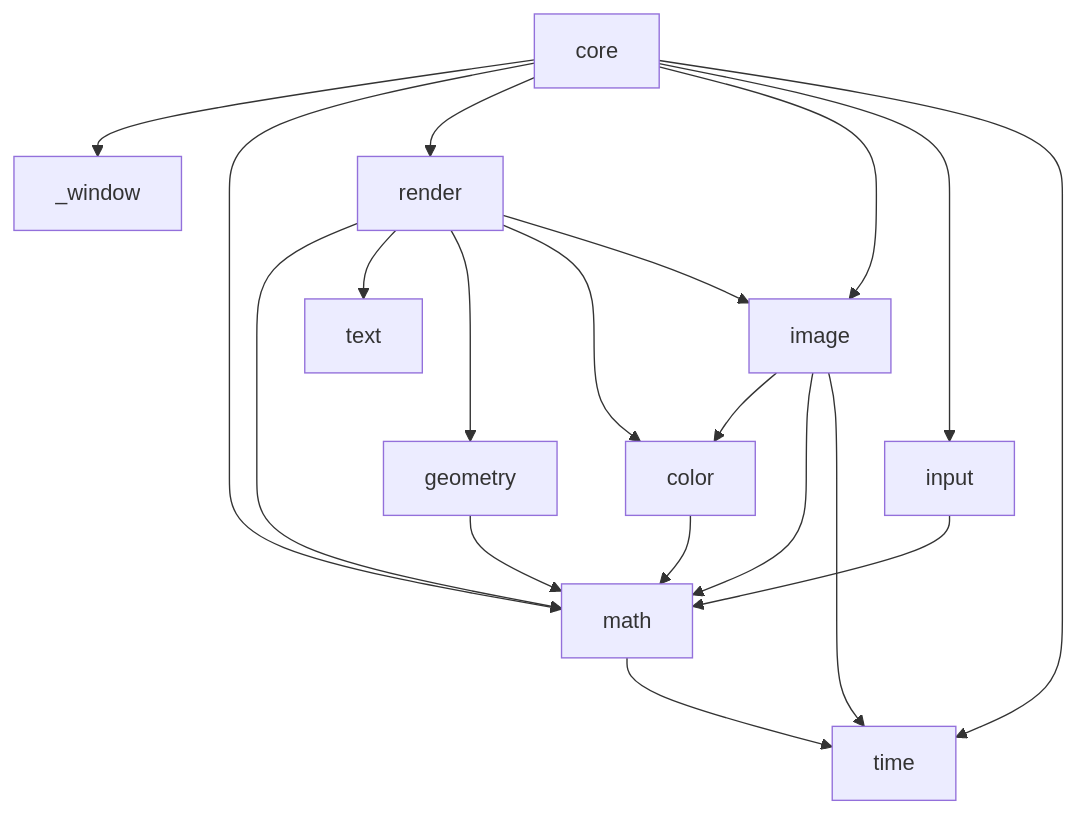
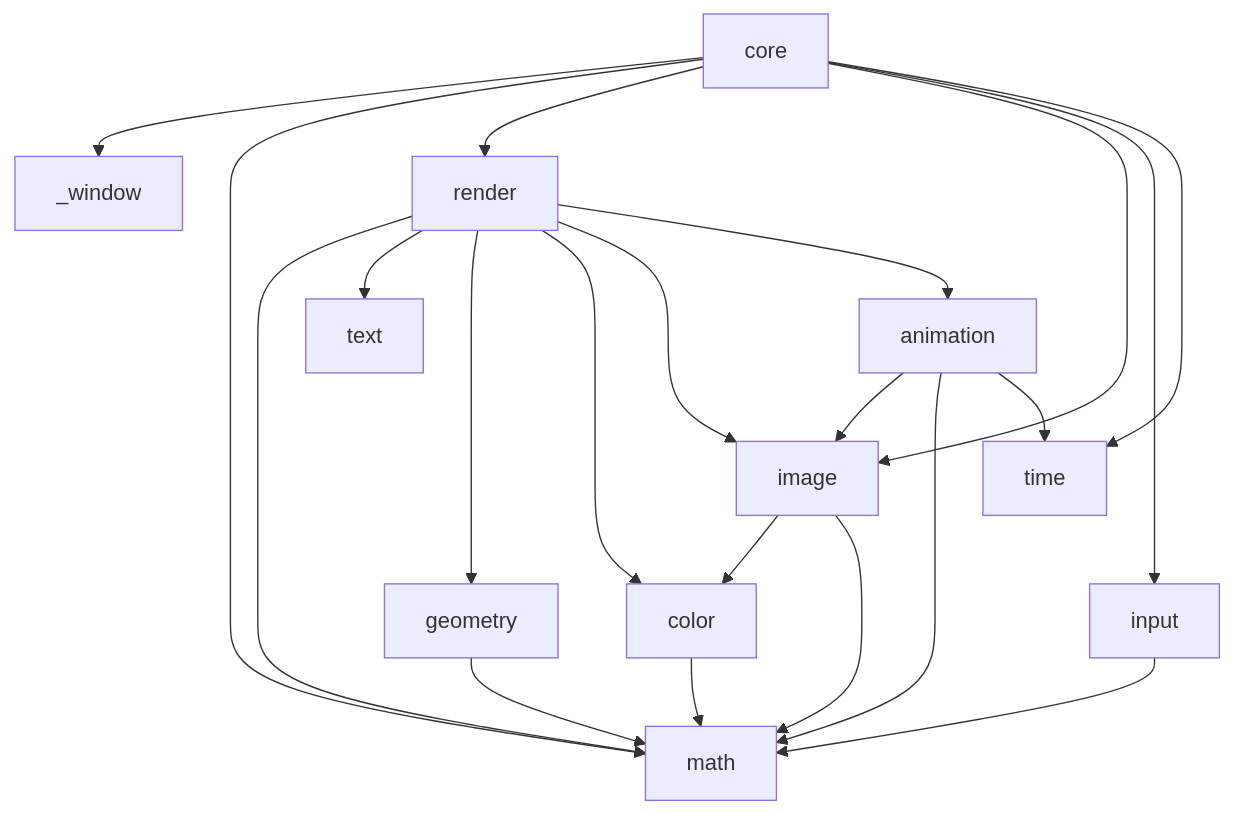
One commit to create-framework/create changed the second of 2 diagrams in ARCHITECTURE.md. Above: the diagram before and after it, drawn with Mermaid. The commit also changed other lines of this file and 13 other files, not shown here.

````diff
--- a/ARCHITECTURE.md
+++ b/ARCHITECTURE.md
@@ -84,21 +85,23 @@
 ```mermaid
 flowchart TD
     core --> _window
     core --> math
     core --> render
     core --> image
     core --> input
     core --> time
     render --> math
     render --> text
     render --> geometry
     render --> color
     render --> image
+    render --> animation
+    animation --> image
+    animation --> math
+    animation --> time
     geometry --> math
     image --> color
     image --> math
-    image --> time
     color --> math
     input --> math
-    math --> time
 ```
````
